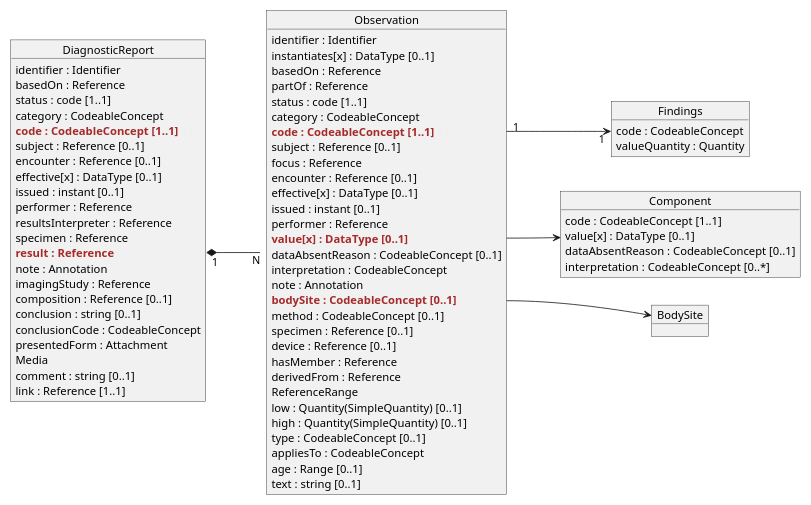
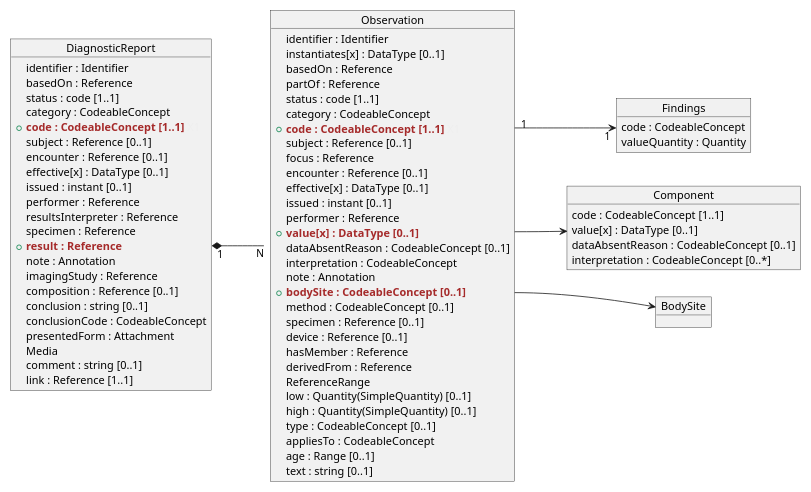
One commit to xmiao/AI.interoperability changed the diagram in images-source/doc.puml. Above: the diagram before and after it, drawn with PlantUML.

```diff
--- a/images-source/doc.puml
+++ b/images-source/doc.puml
@@ -1,97 +1,86 @@
 @startuml PERT
 'https://plantuml.com/object-diagram
 
-'scale 1/2
 scale 800 width
+left to right direction
 
-left to right direction
 object DiagnosticReport {
     identifier : Identifier
     basedOn : Reference
     status : code [1..1]
     category : CodeableConcept
-    <b><color brown>code : CodeableConcept [1..1]</color></b> <color #eee>X1</color>
+  + <b><color brown>code : CodeableConcept [1..1]</color></b> <color #eee>X1</color>
     subject : Reference [0..1]
     encounter : Reference [0..1]
     effective[x] : DataType [0..1]
     issued : instant [0..1]
     performer : Reference
     resultsInterpreter : Reference
     specimen : Reference
-    <b><color brown>result : Reference</color></b>
+  + <b><color brown>result : Reference</color></b>
     note : Annotation
     imagingStudy : Reference
     composition : Reference [0..1]
     conclusion : string [0..1]
     conclusionCode : CodeableConcept
     presentedForm : Attachment
     Media
     comment : string [0..1]
     link : Reference [1..1]
 }
 
 object Observation{
     identifier : Identifier
     instantiates[x] : DataType [0..1]
     basedOn : Reference
     partOf : Reference
     status : code [1..1]
     category : CodeableConcept
-    <b><color brown>code : CodeableConcept [1..1]</color></b> <color #eee>X1</color>
+  +  <b><color brown>code : CodeableConcept [1..1]</color></b> <color #eee>X1</color>
     subject : Reference [0..1]
     focus : Reference
     encounter : Reference [0..1]
     effective[x] : DataType [0..1]
     issued : instant [0..1]
     performer : Reference
-    <b><color brown>value[x] : DataType [0..1]</color></b>
+  +  <b><color brown>value[x] : DataType [0..1]</color></b>
     dataAbsentReason : CodeableConcept [0..1]
     interpretation : CodeableConcept
     note : Annotation
-    <b><color brown>bodySite : CodeableConcept [0..1]</color></b>
+  +  <b><color brown>bodySite : CodeableConcept [0..1]</color></b>
     method : CodeableConcept [0..1]
     specimen : Reference [0..1]
     device : Reference [0..1]
     hasMember : Reference
     derivedFrom : Reference
     ReferenceRange
     low : Quantity(SimpleQuantity) [0..1]
     high : Quantity(SimpleQuantity) [0..1]
     type : CodeableConcept [0..1]
     appliesTo : CodeableConcept
     age : Range [0..1]
     text : string [0..1]
 }
 
-'package {
-    object BodySite {
+object BodySite {
 
-    }
+}
 
-    object Component {
-        code : CodeableConcept [1..1]
-        value[x] : DataType [0..1]
-        dataAbsentReason : CodeableConcept [0..1]
-        interpretation : CodeableConcept [0..*]
-    }
+object Component {
+    code : CodeableConcept [1..1]
+    value[x] : DataType [0..1]
+    dataAbsentReason : CodeableConcept [0..1]
+    interpretation : CodeableConcept [0..*]
+}
 
-    object Findings {
-        code : CodeableConcept
-        valueQuantity : Quantity
-    }
-'}
+object Findings {
+    code : CodeableConcept
+    valueQuantity : Quantity
+}
 
 DiagnosticReport::result "1" *-- "N" Observation
 Observation::X1 "1" --> "1" Findings::code
+Observation::bodySite --> BodySite
 Observation::value --> Component
-Observation::bodySite --> BodySite
 
-'map CapitalCity {
-'DiagnosticReport *-> DiagnosticReport
-'' UK *-> London
-'' USA *--> Washington
-'' Germany *---> Berlin
-'}
-
-'NewYork --> CapitalCity::USA
 @enduml
```
